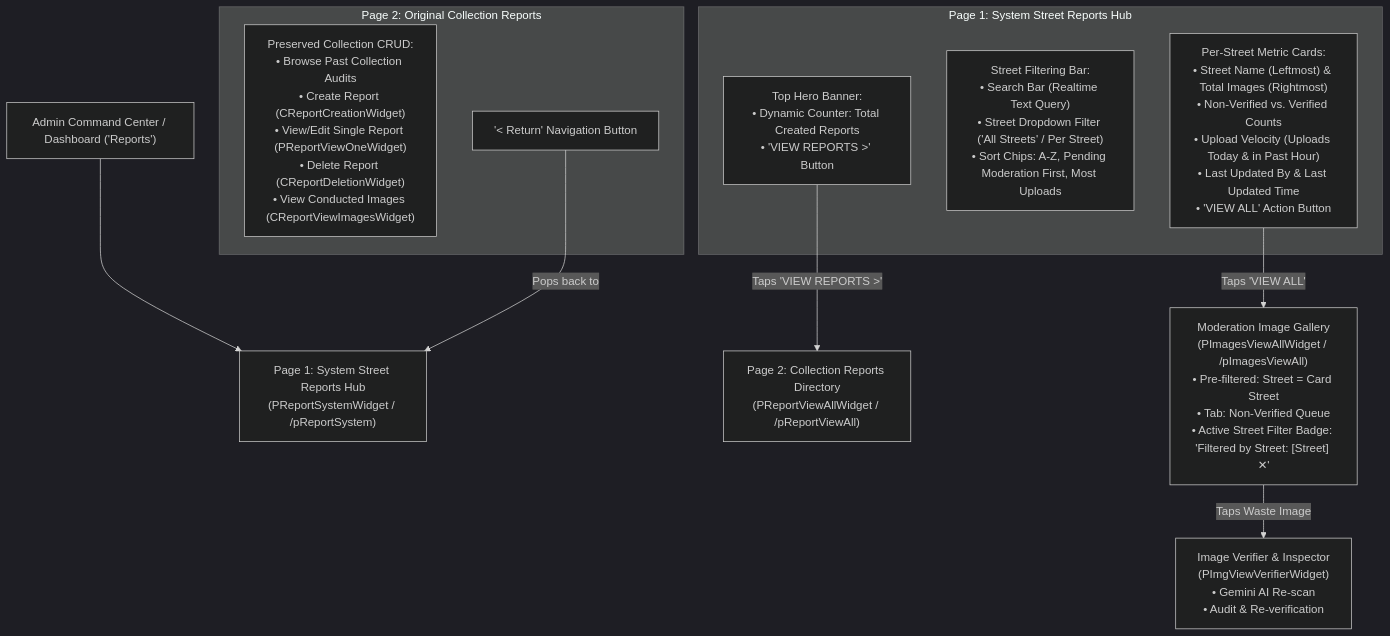
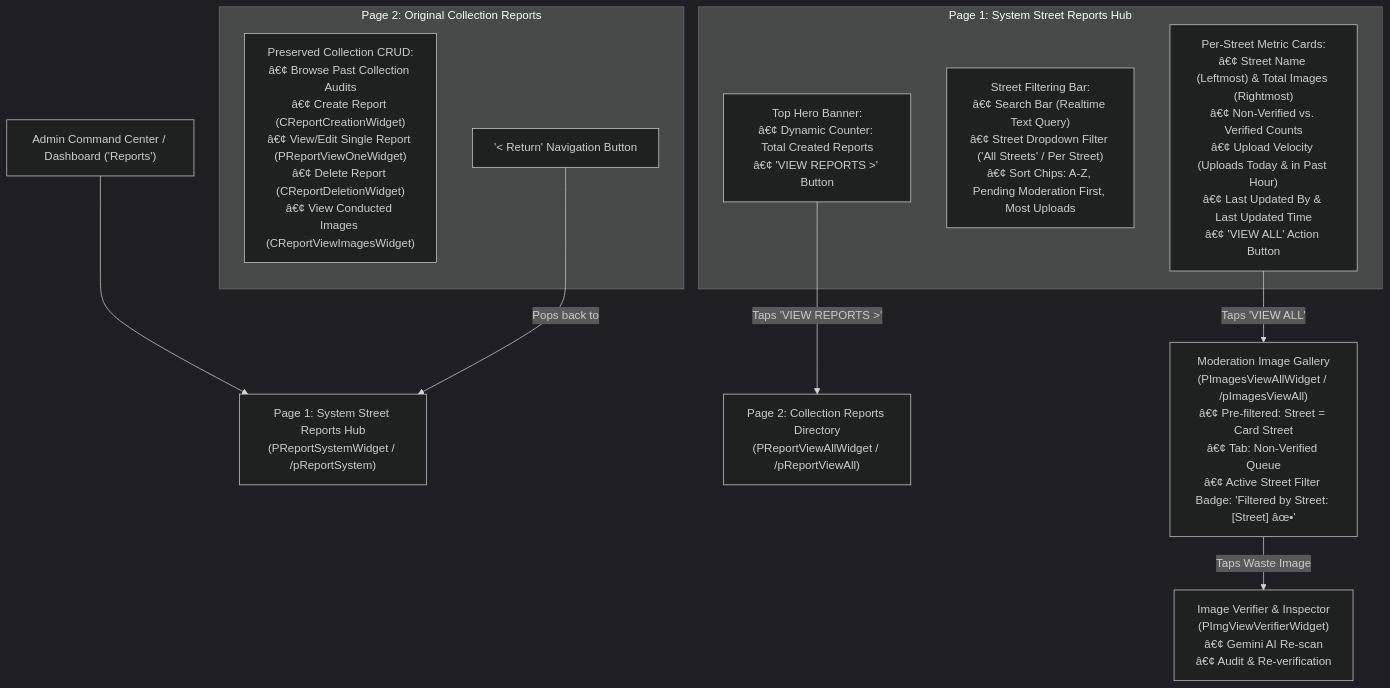
The diagram in docs/modules/module-6-waste-reporting/system_reports_hub.md (Oeubx/EBasura), drawn with Mermaid (dark theme) before and after one commit. The commit also changed other lines of this file and 28 other files, not shown here.

````diff
--- a/docs/modules/module-6-waste-reporting/system_reports_hub.md
+++ b/docs/modules/module-6-waste-reporting/system_reports_hub.md
@@ -13,22 +13,22 @@
 ```mermaid
 flowchart TD
     Nav["Admin Command Center / Dashboard ('Reports')"] --> Page1["Page 1: System Street Reports Hub\n(PReportSystemWidget / /pReportSystem)"]
     
     subgraph Page1Sub["Page 1: System Street Reports Hub"]
-        Banner["Top Hero Banner:\n• Dynamic Counter: Total Created Reports\n• 'VIEW REPORTS >' Button"]
-        FilterBar["Street Filtering Bar:\n• Search Bar (Realtime Text Query)\n• Street Dropdown Filter ('All Streets' / Per Street)\n• Sort Chips: A-Z, Pending Moderation First, Most Uploads"]
-        StreetCards["Per-Street Metric Cards:\n• Street Name (Leftmost) & Total Images (Rightmost)\n• Non-Verified vs. Verified Counts\n• Upload Velocity (Uploads Today & in Past Hour)\n• Last Updated By & Last Updated Time\n• 'VIEW ALL' Action Button"]
+        Banner["Top Hero Banner:\nâ€¢ Dynamic Counter: Total Created Reports\nâ€¢ 'VIEW REPORTS >' Button"]
+        FilterBar["Street Filtering Bar:\nâ€¢ Search Bar (Realtime Text Query)\nâ€¢ Street Dropdown Filter ('All Streets' / Per Street)\nâ€¢ Sort Chips: A-Z, Pending Moderation First, Most Uploads"]
+        StreetCards["Per-Street Metric Cards:\nâ€¢ Street Name (Leftmost) & Total Images (Rightmost)\nâ€¢ Non-Verified vs. Verified Counts\nâ€¢ Upload Velocity (Uploads Today & in Past Hour)\nâ€¢ Last Updated By & Last Updated Time\nâ€¢ 'VIEW ALL' Action Button"]
     end
     
     Banner -->|"Taps 'VIEW REPORTS >'"| Page2["Page 2: Collection Reports Directory\n(PReportViewAllWidget / /pReportViewAll)"]
     
     subgraph Page2Sub["Page 2: Original Collection Reports"]
-        CRUD["Preserved Collection CRUD:\n• Browse Past Collection Audits\n• Create Report (CReportCreationWidget)\n• View/Edit Single Report (PReportViewOneWidget)\n• Delete Report (CReportDeletionWidget)\n• View Conducted Images (CReportViewImagesWidget)"]
+        CRUD["Preserved Collection CRUD:\nâ€¢ Browse Past Collection Audits\nâ€¢ Create Report (CReportCreationWidget)\nâ€¢ View/Edit Single Report (PReportViewOneWidget)\nâ€¢ Delete Report (CReportDeletionWidget)\nâ€¢ View Conducted Images (CReportViewImagesWidget)"]
         ReturnBtn["'< Return' Navigation Button"]
     end
     
     ReturnBtn -->|"Pops back to"| Page1
     
-    StreetCards -->|"Taps 'VIEW ALL'"| Gallery["Moderation Image Gallery\n(PImagesViewAllWidget / /pImagesViewAll)\n• Pre-filtered: Street = Card Street\n• Tab: Non-Verified Queue\n• Active Street Filter Badge: 'Filtered by Street: [Street] ✕'"]
-    Gallery -->|"Taps Waste Image"| Verifier["Image Verifier & Inspector\n(PImgViewVerifierWidget)\n• Gemini AI Re-scan\n• Audit & Re-verification"]
+    StreetCards -->|"Taps 'VIEW ALL'"| Gallery["Moderation Image Gallery\n(PImagesViewAllWidget / /pImagesViewAll)\nâ€¢ Pre-filtered: Street = Card Street\nâ€¢ Tab: Non-Verified Queue\nâ€¢ Active Street Filter Badge: 'Filtered by Street: [Street] âœ•'"]
+    Gallery -->|"Taps Waste Image"| Verifier["Image Verifier & Inspector\n(PImgViewVerifierWidget)\nâ€¢ Gemini AI Re-scan\nâ€¢ Audit & Re-verification"]
 ```
````
